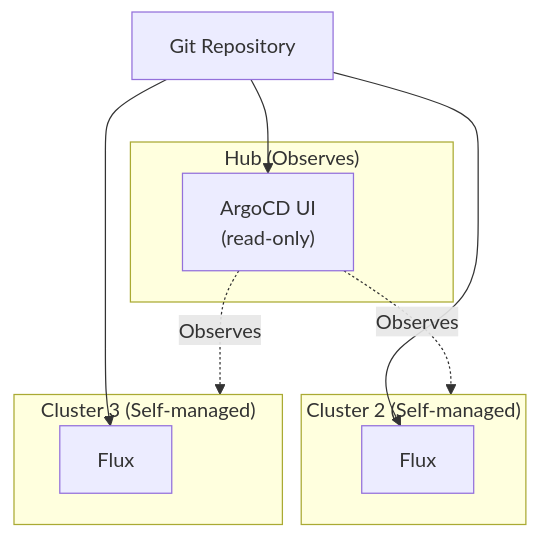
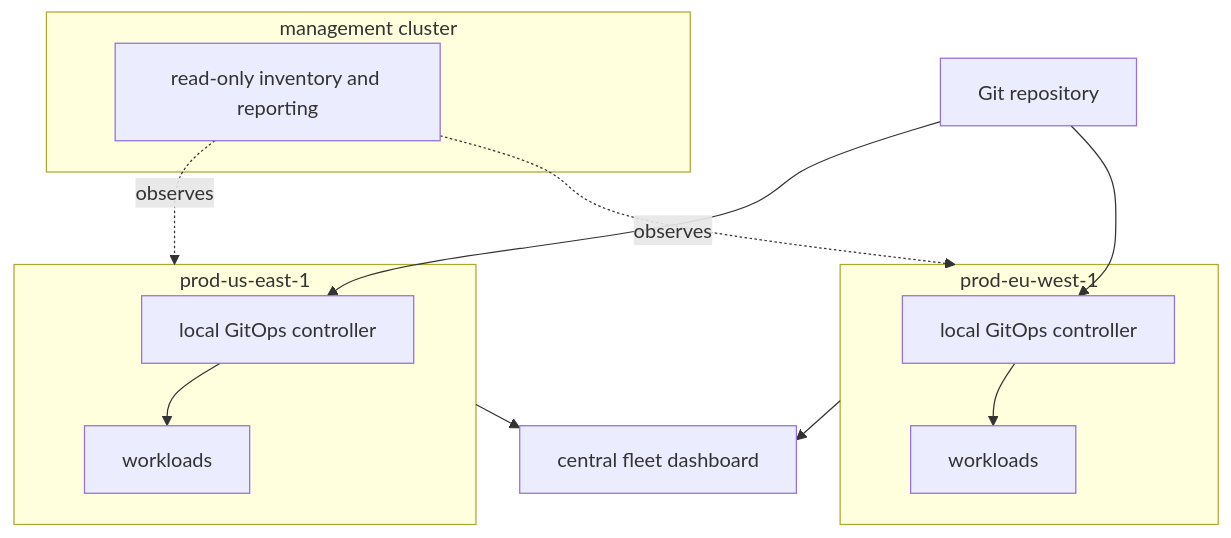
The fourth of 6 diagrams in src/content/docs/platform/disciplines/delivery-automation/gitops/module-3.6-multi-cluster.md (krisztiankoos/kubedojo), drawn with Mermaid before and after one commit. The commit also changed other lines of this file, not shown here.

First line of the commit message:
quality(rewrite): codex rewrite platform-disciplines-delivery-automation-gitops-module-3.6-multi-cluster (attempt 5afa1726fb60)

````diff
--- a/src/content/docs/platform/disciplines/delivery-automation/gitops/module-3.6-multi-cluster.md
+++ b/src/content/docs/platform/disciplines/delivery-automation/gitops/module-3.6-multi-cluster.md
@@ -801,23 +381,28 @@
 ```mermaid
-graph TD
-    Git["Git Repository"]
-    
-    subgraph Hub ["Hub (Observes)"]
-        UI["ArgoCD UI<br>(read-only)"]
+flowchart TD
+    Git["Git repository"]
+    Observability["central fleet dashboard"]
+
+    subgraph Hub["management cluster"]
+        ReadOnly["read-only inventory and reporting"]
     end
-    
-    subgraph C2 ["Cluster 2 (Self-managed)"]
-        F2["Flux"]
+
+    subgraph ClusterA["prod-us-east-1"]
+        LocalA["local GitOps controller"]
+        StateA["workloads"]
+        LocalA --> StateA
     end
-    
-    subgraph C3 ["Cluster 3 (Self-managed)"]
-        F3["Flux"]
+
+    subgraph ClusterB["prod-eu-west-1"]
+        LocalB["local GitOps controller"]
+        StateB["workloads"]
+        LocalB --> StateB
     end
-    
-    Git --> UI
-    Git --> F2
-    Git --> F3
-    
-    UI -.->|"Observes"| C2
-    UI -.->|"Observes"| C3
+
+    Git --> LocalA
+    Git --> LocalB
+    ReadOnly -. observes .-> ClusterA
+    ReadOnly -. observes .-> ClusterB
+    ClusterA --> Observability
+    ClusterB --> Observability
 ```
````
